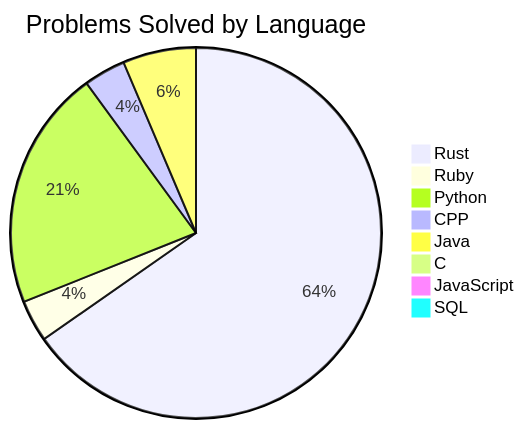
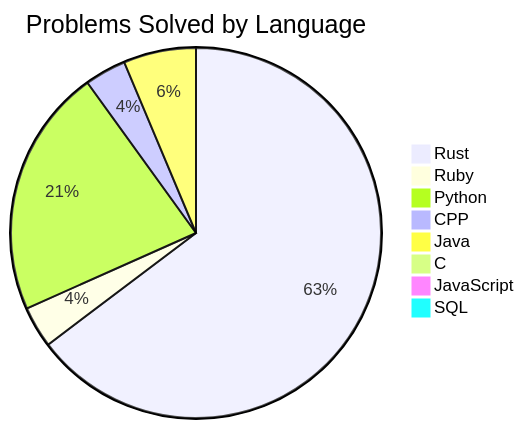
The second of 2 diagrams in README.md (Liam-Wirth/leetcode-solutions), drawn with Mermaid before and after one commit. The commit also changed other lines of this file and 5 other files, not shown here.

````diff
--- a/README.md
+++ b/README.md
@@ -46,11 +46,11 @@
 ```mermaid
 pie title Problems Solved by Language
     "Rust": 143
     "Ruby": 8
-    "Python": 46
+    "Python": 48
     "CPP": 8
     "Java": 14
     "C": 1
     "JavaScript": 2
     "SQL": 2
 ```
````
